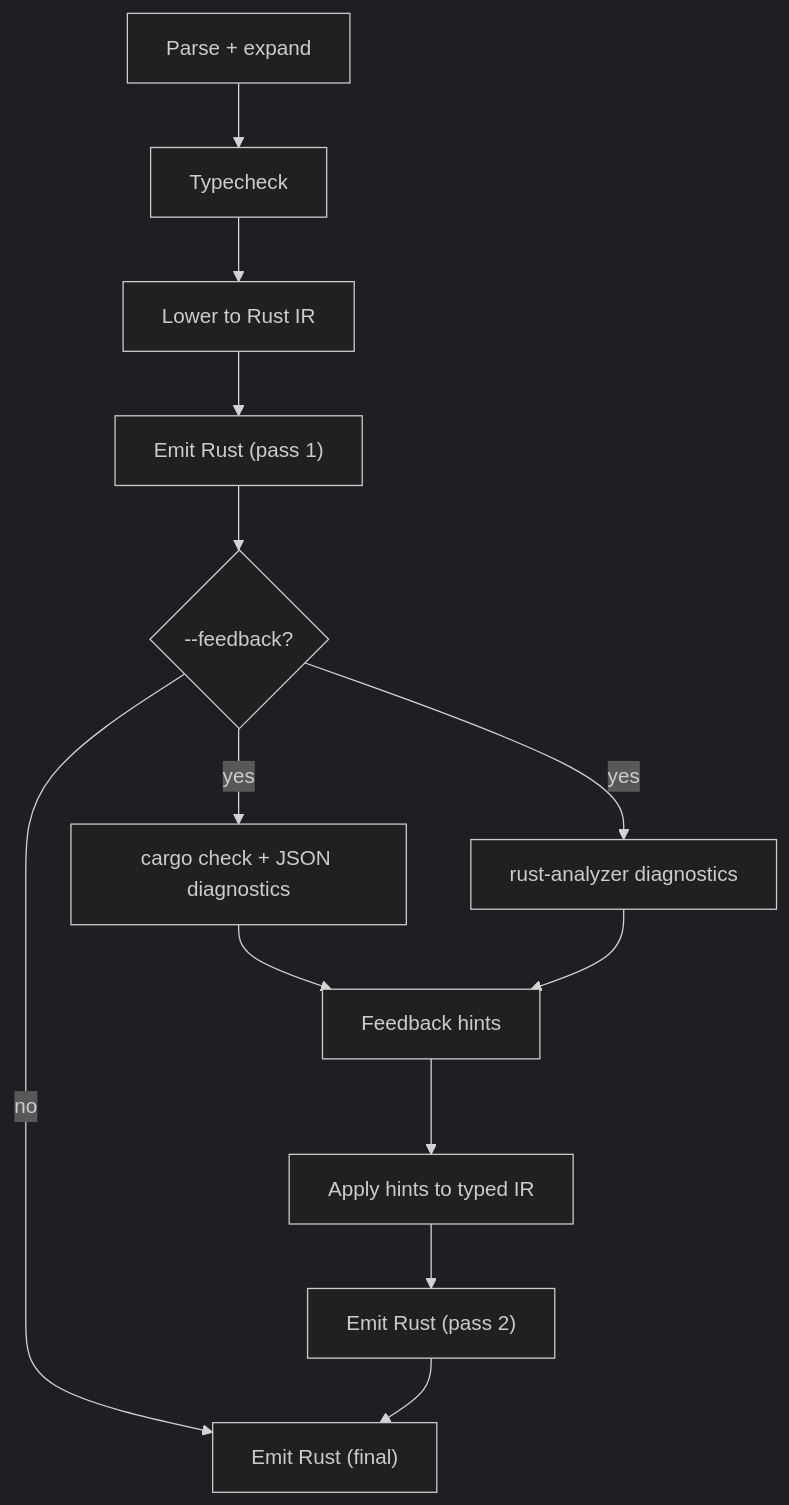
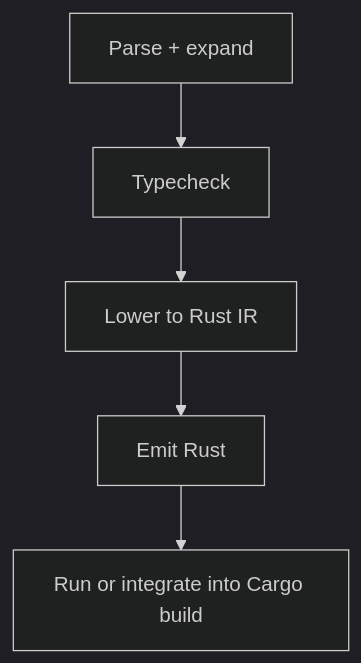
One commit to jagtesh/darcy-lang changed the diagram in README.md. Above: the diagram before and after it, drawn with Mermaid (dark theme). The commit also changed other lines of this file and 7 other files, not shown here.

Commit message:
chore: remove rust-analyzer feedback pipeline and CLI flag

````diff
--- a/README.md
+++ b/README.md
@@ -257,15 +251,7 @@
 ```mermaid
 flowchart TD
     A[Parse + expand] --> B[Typecheck]
     B --> C[Lower to Rust IR]
-    C --> D["Emit Rust (pass 1)"]
-    D --> E{--feedback?}
-    E -->|no| F["Emit Rust (final)"]
-    E -->|yes| G[cargo check + JSON diagnostics]
-    E -->|yes| H[rust-analyzer diagnostics]
-    G --> I[Feedback hints]
-    H --> I
-    I --> J[Apply hints to typed IR]
-    J --> K["Emit Rust (pass 2)"]
-    K --> F
+    C --> D[Emit Rust]
+    D --> E[Run or integrate into Cargo build]
 ```
````
